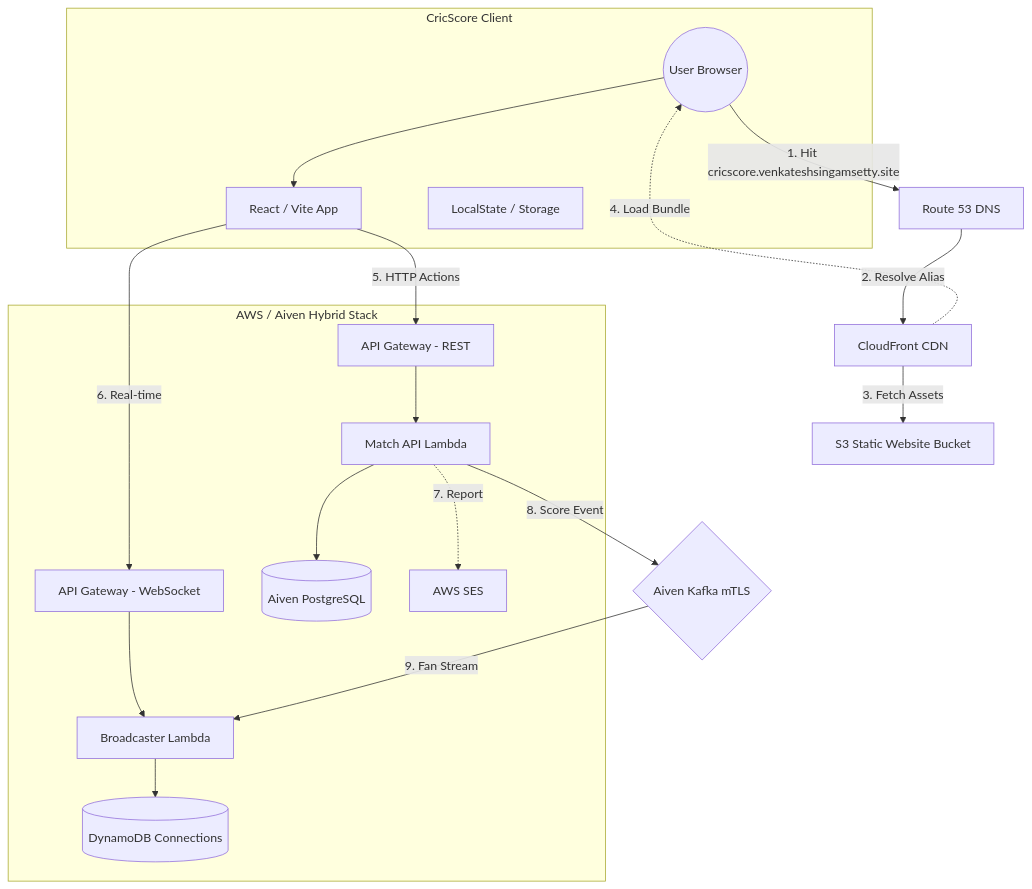
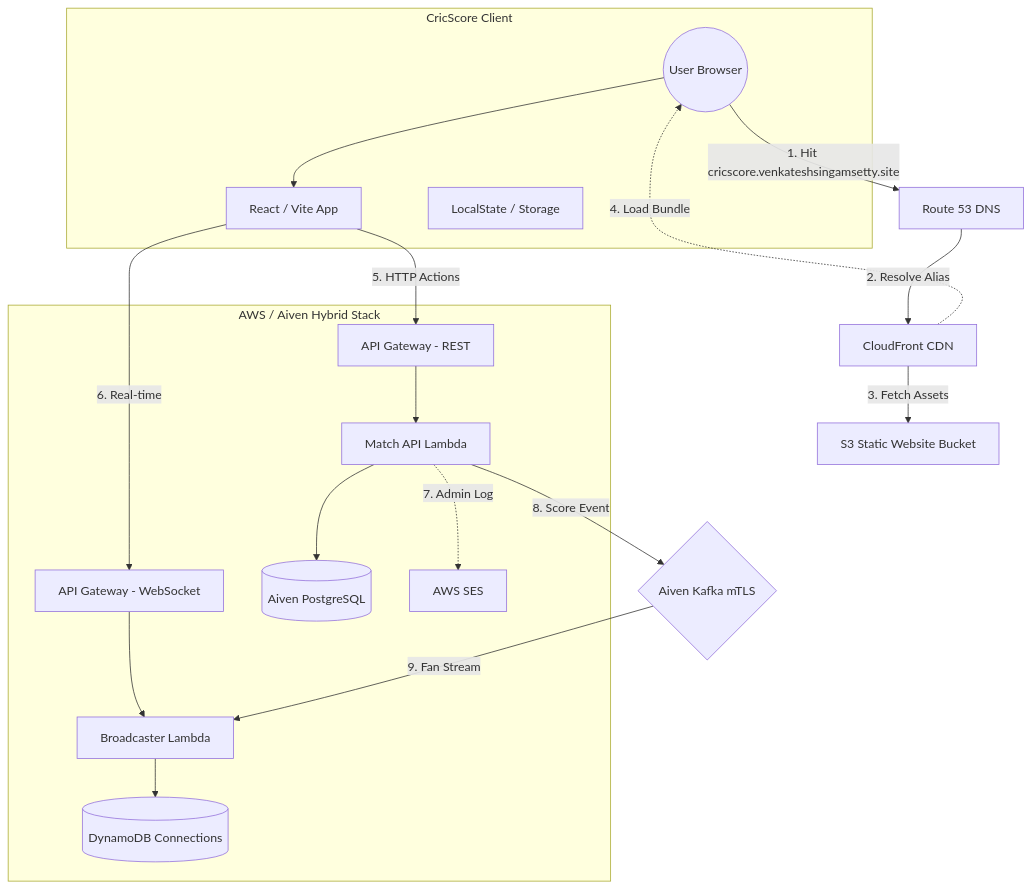
The diagram in README.md (venkatesh-singamsetty/cric-score), drawn with Mermaid before and after one commit. The commit also changed other lines of this file and 6 other files, not shown here.

````diff
--- a/README.md
+++ b/README.md
@@ -61,30 +62,30 @@
 ```mermaid
 graph TD
     User((User Browser)) -->|1. Hit cricscore.venkateshsingamsetty.site| R53[Route 53 DNS]
     R53 -->|2. Resolve Alias| CF[CloudFront CDN]
     CF -->|3. Fetch Assets| S3[S3 Static Website Bucket]
     
     subgraph Browser_Environment [CricScore Client]
         User
         React[React / Vite App]
         State[LocalState / Storage]
     end
     
     CF -.->|4. Load Bundle| User
     User --> React
     
     React -->|5. HTTP Actions| APIGW_REST[API Gateway - REST]
     React -->|6. Real-time| APIGW_WS[API Gateway - WebSocket]
     
     subgraph Backend_Cloud [AWS / Aiven Hybrid Stack]
         APIGW_REST --> Lambda_API[Match API Lambda]
         APIGW_WS --> Lambda_WS[Broadcaster Lambda]
         
         Lambda_API --> PG[(Aiven PostgreSQL)]
         Lambda_WS --> DDB[(DynamoDB Connections)]
-        Lambda_API -.->|7. Report| SES[AWS SES]
+        Lambda_API -.->|7. Admin Log| SES[AWS SES]
     end
     
     Lambda_API -->|8. Score Event| Kafka{Aiven Kafka mTLS}
     Kafka -->|9. Fan Stream| Lambda_WS
 ```
````
